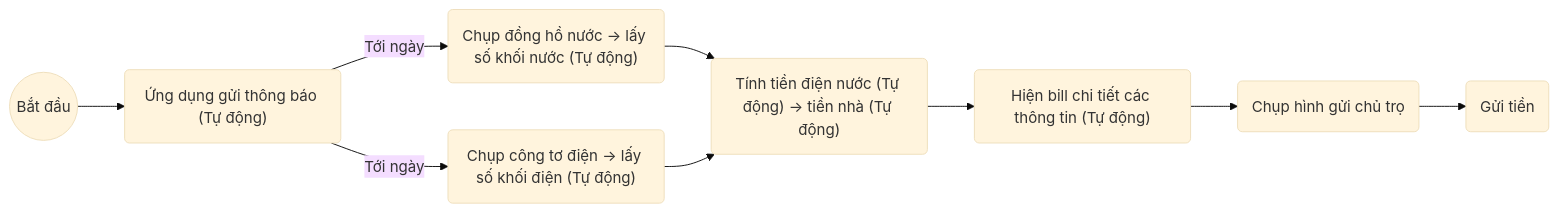
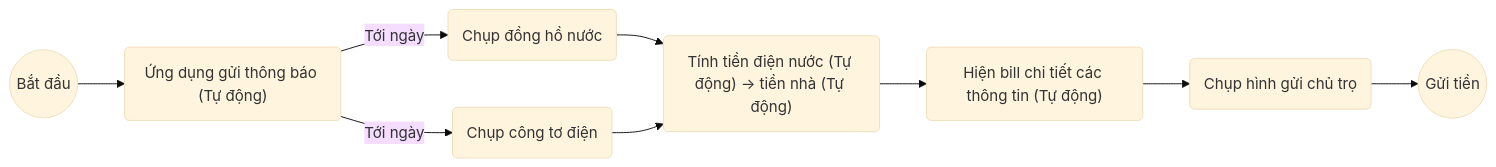
Before and after one commit to Katz-Team/CalRent: the second of 7 diagrams in calculateRent/Docs/software_modeling.md, drawn with Mermaid (base theme). The commit also changed other lines of this file, not shown here.

Commit message:
Update Modeling Business Processes

````diff
--- a/calculateRent/Docs/software_modeling.md
+++ b/calculateRent/Docs/software_modeling.md
@@ -23,11 +23,11 @@
 ```mermaid
 graph LR
 A((Bắt đầu)) --> B("Ứng dụng gửi thông báo (Tự động)")
-B --> |Tới ngày| C("Chụp công tơ điện -> lấy số khối điện (Tự động)")
-B --> |Tới ngày| D("Chụp đồng hồ nước -> lấy số khối nước (Tự động)")
+B --> |Tới ngày| C("Chụp công tơ điện")
+B --> |Tới ngày| D("Chụp đồng hồ nước")
 D --> E("Tính tiền điện nước (Tự động) -> tiền nhà (Tự động)")
 C --> E
 E --> F("Hiện bill chi tiết các thông tin (Tự động)")
 F --> G(Chụp hình gửi chủ trọ)
-G --> H(Gửi tiền)
+G --> H((Gửi tiền))
 ```
````
